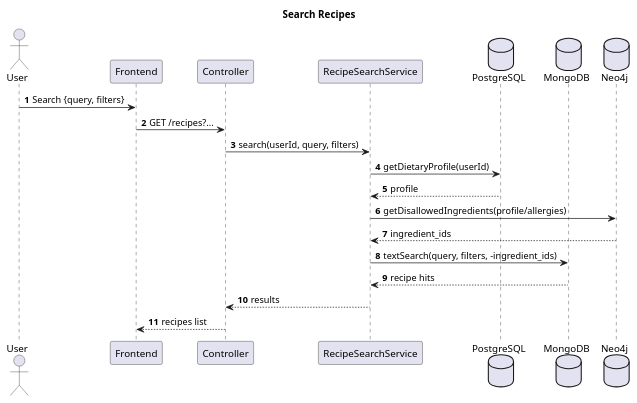
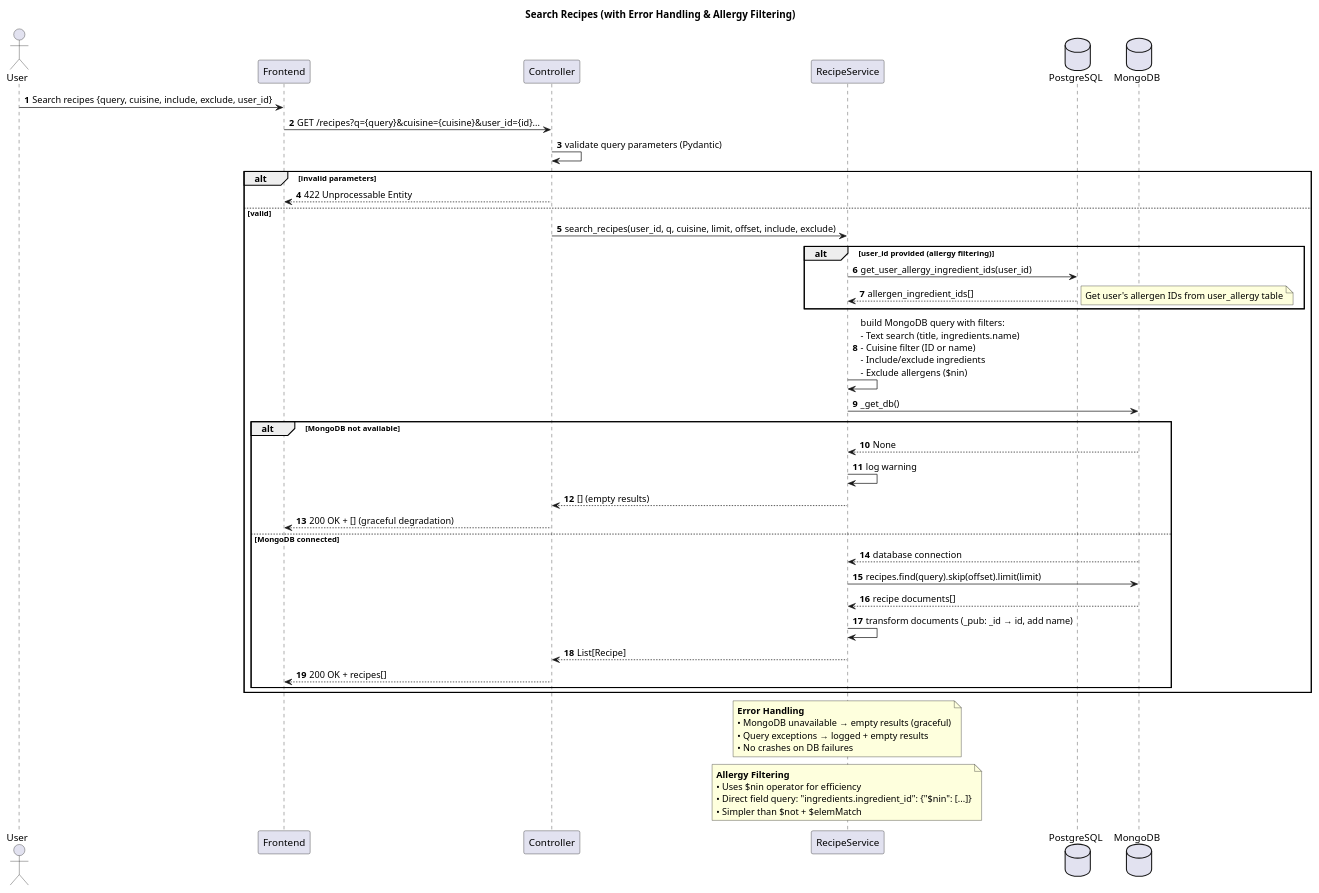
The third of 10 diagrams in diagram/UsesCases.puml (ErlisaLokaj/SmartMeal), drawn with PlantUML before and after one commit. The commit also changed other lines of this file and 69 other files, not shown here.

```diff
--- a/diagram/UsesCases.puml
+++ b/diagram/UsesCases.puml
@@ -258,25 +258,57 @@
 @startuml Search Recipes
-title Search Recipes
+title Search Recipes (with Error Handling & Allergy Filtering)
 autonumber
 actor User
 participant "Frontend" as FE
 participant "Controller" as C
-participant "RecipeSearchService" as RS
+participant "RecipeService" as RS
 database "PostgreSQL" as PG
 database "MongoDB" as MG
-database "Neo4j" as NJ
 
-User -> FE: Search {query, filters}
-FE -> C: GET /recipes?...
-C -> RS: search(userId, query, filters)
+User -> FE: Search recipes {query, cuisine, include, exclude, user_id}
+FE -> C: GET /recipes?q={query}&cuisine={cuisine}&user_id={id}...
+C -> C: validate query parameters (Pydantic)
+alt invalid parameters
+  C --> FE: 422 Unprocessable Entity
+else valid
+  C -> RS: search_recipes(user_id, q, cuisine, limit, offset, include, exclude)
+  
+  alt user_id provided (allergy filtering)
+    RS -> PG: get_user_allergy_ingredient_ids(user_id)
+    PG --> RS: allergen_ingredient_ids[]
+    note right: Get user's allergen IDs from user_allergy table
+  end
+  
+  RS -> RS: build MongoDB query with filters:\n- Text search (title, ingredients.name)\n- Cuisine filter (ID or name)\n- Include/exclude ingredients\n- Exclude allergens ($nin)
+  
+  RS -> MG: _get_db()
+  alt MongoDB not available
+    MG --> RS: None
+    RS -> RS: log warning
+    RS --> C: [] (empty results)
+    C --> FE: 200 OK + [] (graceful degradation)
+  else MongoDB connected
+    MG --> RS: database connection
+    RS -> MG: recipes.find(query).skip(offset).limit(limit)
+    MG --> RS: recipe documents[]
+    
+    RS -> RS: transform documents (_pub: _id → id, add name)
+    RS --> C: List[Recipe]
+    C --> FE: 200 OK + recipes[]
+  end
+end
 
-RS -> PG: getDietaryProfile(userId)
-PG --> RS: profile
-RS -> NJ: getDisallowedIngredients(profile/allergies)
-NJ --> RS: ingredient_ids
-RS -> MG: textSearch(query, filters, -ingredient_ids)
-MG --> RS: recipe hits
+note over RS
+  **Error Handling**
+  • MongoDB unavailable → empty results (graceful)
+  • Query exceptions → logged + empty results
+  • No crashes on DB failures
+end note
 
-RS --> C: results
-C --> FE: recipes list
+note over RS
+  **Allergy Filtering**
+  • Uses $nin operator for efficiency
+  • Direct field query: "ingredients.ingredient_id": {"$nin": [...]}
+  • Simpler than $not + $elemMatch
+end note
 @enduml
```
